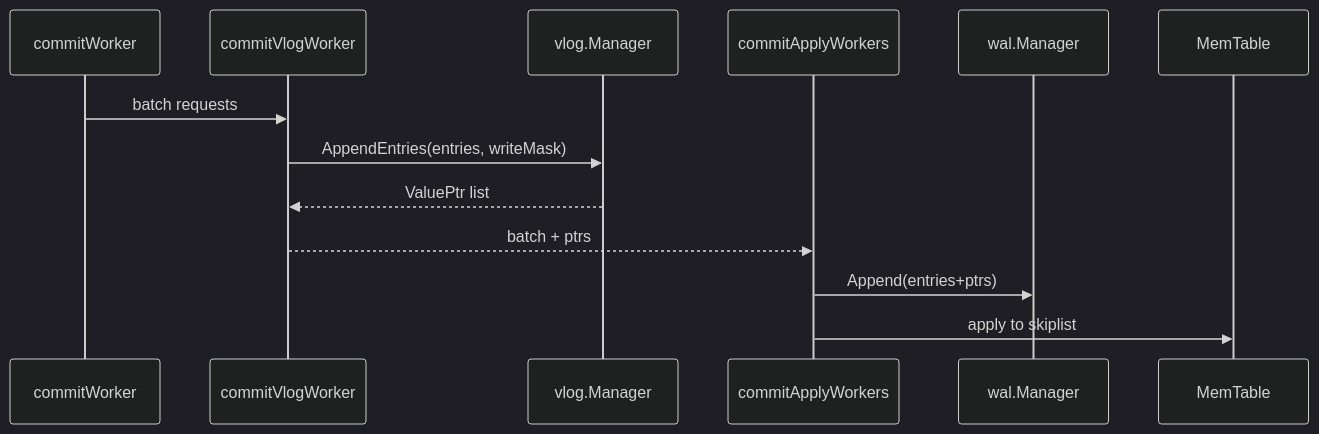
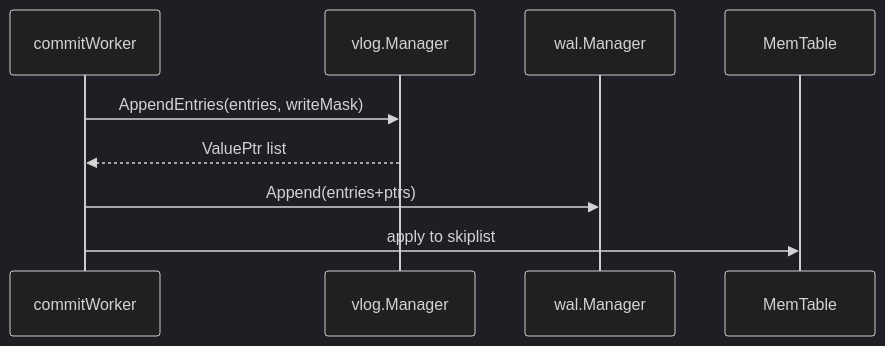
One commit to feichai0017/NoKV changed the first of 2 diagrams in docs/vlog.md. Above: the diagram before and after it, drawn with Mermaid (dark theme). The commit also changed other lines of this file and 6 other files, not shown here.

````diff
--- a/docs/vlog.md
+++ b/docs/vlog.md
@@ -71,15 +71,11 @@
 ```mermaid
 sequenceDiagram
-    participant Enq as commitWorker
-    participant VLog as commitVlogWorker
+    participant Commit as commitWorker
     participant Mgr as vlog.Manager
-    participant Apply as commitApplyWorkers
     participant WAL as wal.Manager
     participant Mem as MemTable
-    Enq->>VLog: batch requests
-    VLog->>Mgr: AppendEntries(entries, writeMask)
-    Mgr-->>VLog: ValuePtr list
-    VLog-->>Apply: batch + ptrs
-    Apply->>WAL: Append(entries+ptrs)
-    Apply->>Mem: apply to skiplist
+    Commit->>Mgr: AppendEntries(entries, writeMask)
+    Mgr-->>Commit: ValuePtr list
+    Commit->>WAL: Append(entries+ptrs)
+    Commit->>Mem: apply to skiplist
 ```
````
